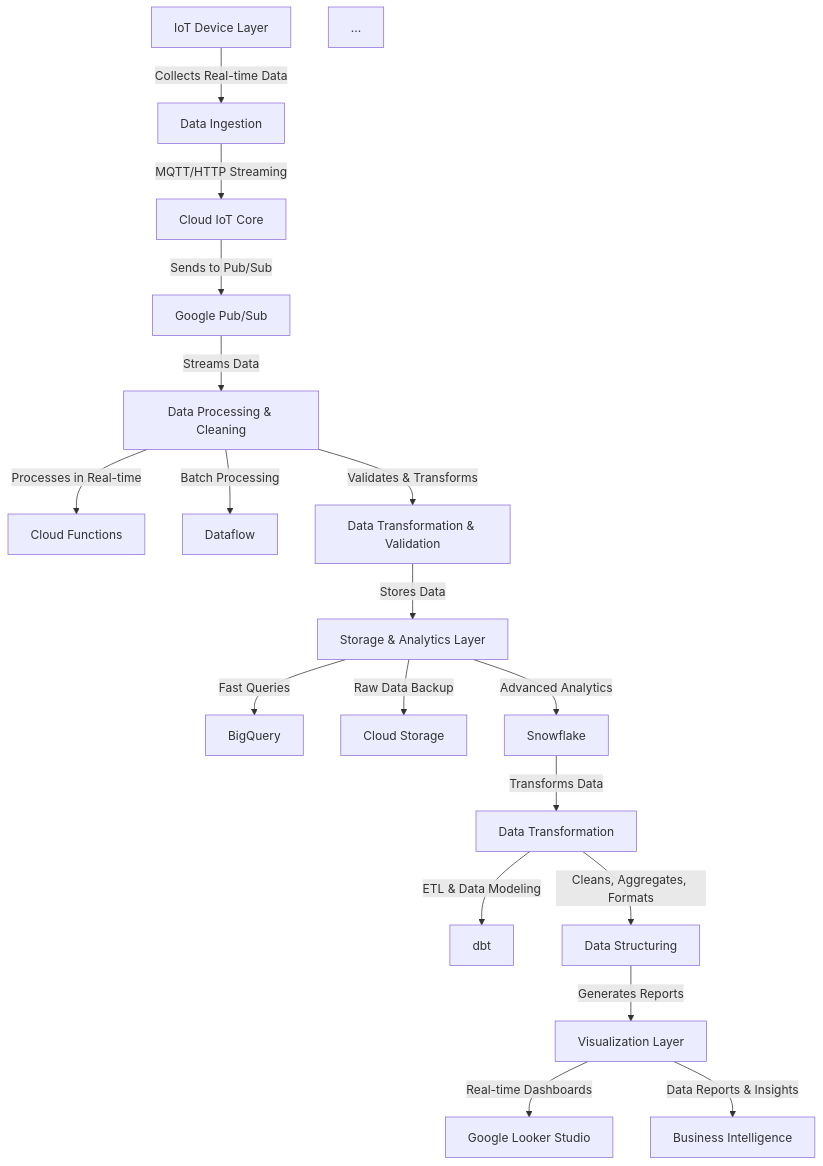
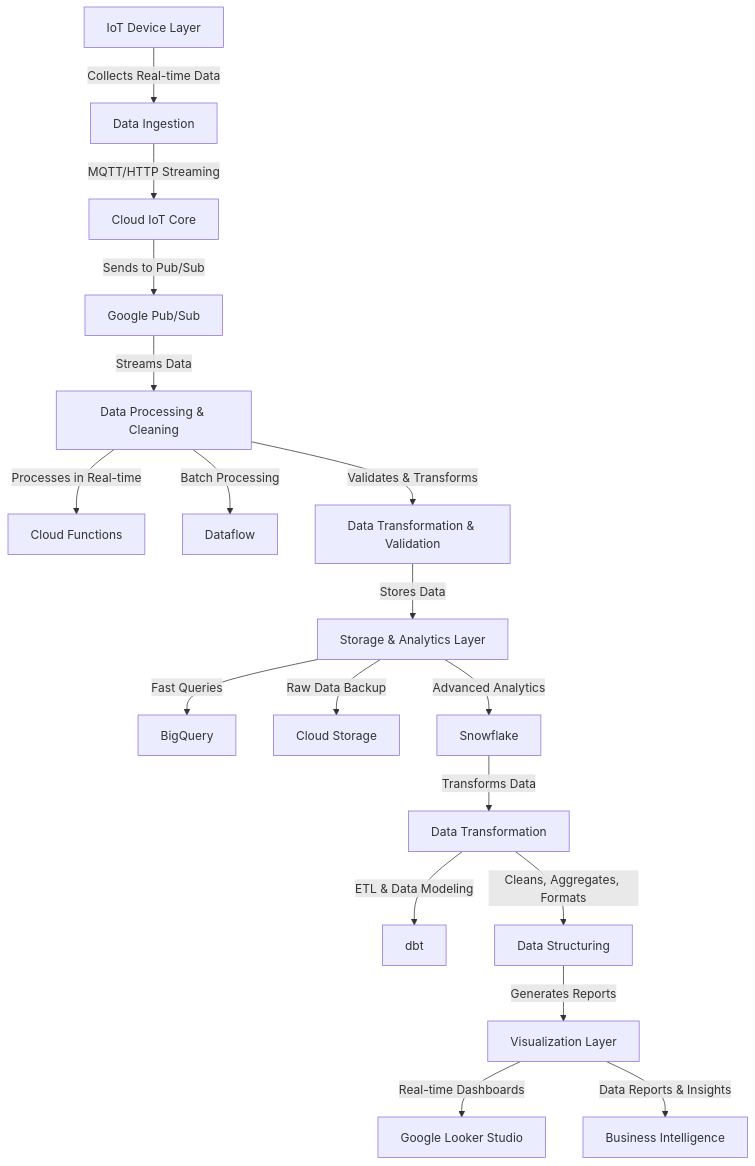
Before and after one commit to Nikhilsuresh11/Qr-code-generator: the diagram in README.md, drawn with Mermaid.

````diff
--- a/README.md
+++ b/README.md
@@ -1,26 +1,25 @@
 ```mermaid
 graph TD;
     A[IoT Device Layer] -->|Collects Real-time Data| B[Data Ingestion];
     B -->|MQTT/HTTP Streaming| C[Cloud IoT Core];
     C -->|Sends to Pub/Sub| D[Google Pub/Sub];
 
     D -->|Streams Data| E[Data Processing & Cleaning];
     E -->|Processes in Real-time| F[Cloud Functions];
     E -->|Batch Processing| G[Dataflow];
     E -->|Validates & Transforms| H[Data Transformation & Validation];
 
     H -->|Stores Data| I[Storage & Analytics Layer];
     I -->|Fast Queries| J[BigQuery];
     I -->|Raw Data Backup| K[Cloud Storage];
     I -->|Advanced Analytics| L[Snowflake];
 
     L -->|Transforms Data| M[Data Transformation];
     M -->|ETL & Data Modeling| N[dbt];
     M -->|Cleans, Aggregates, Formats| O[Data Structuring];
 
     O -->|Generates Reports| P[Visualization Layer];
     P -->|Real-time Dashboards| Q[Google Looker Studio];
     P -->|Data Reports & Insights| R[Business Intelligence];
-... 
 
 ```
````
